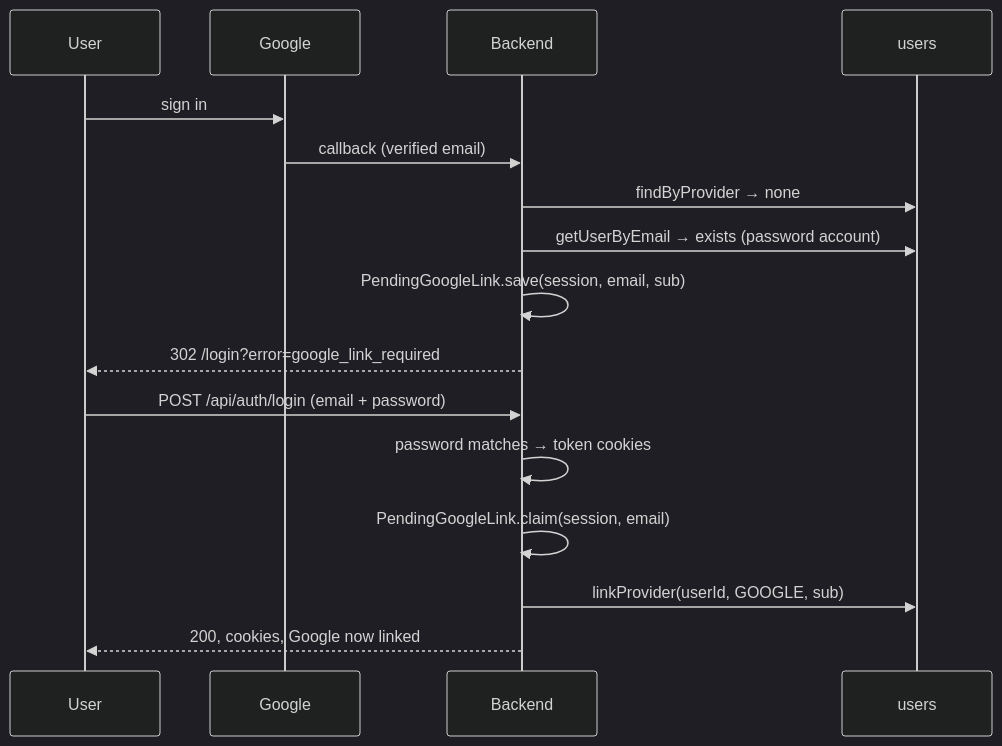
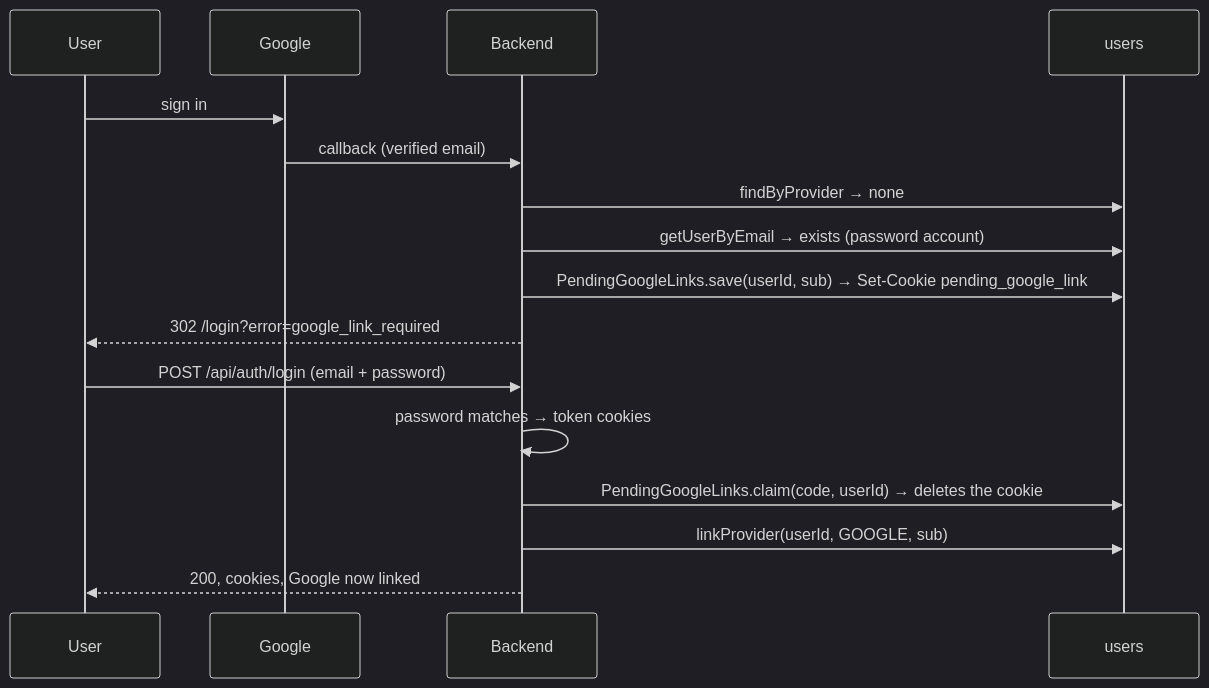
The second of 2 diagrams in backend/docs/auth.md (Yusuprozimemet/jobmatch-microservices), drawn with Mermaid (dark theme) before and after one commit. The commit also changed other lines of this file and 7 other files, not shown here.

First line of the commit message:
Day 14 track A2: no Google path sets JSESSIONID, and no backend code touches a session

````diff
--- a/backend/docs/auth.md
+++ b/backend/docs/auth.md
@@ -177,19 +178,19 @@
 ```mermaid
 sequenceDiagram
     participant U as User
     participant G as Google
     participant B as Backend
     participant DB as users
 
     U->>G: sign in
     G->>B: callback (verified email)
     B->>DB: findByProvider → none
     B->>DB: getUserByEmail → exists (password account)
-    B->>B: PendingGoogleLink.save(session, email, sub)
+    B->>DB: PendingGoogleLinks.save(userId, sub) → Set-Cookie pending_google_link
     B-->>U: 302 /login?error=google_link_required
     U->>B: POST /api/auth/login (email + password)
     B->>B: password matches → token cookies
-    B->>B: PendingGoogleLink.claim(session, email)
+    B->>DB: PendingGoogleLinks.claim(code, userId) → deletes the cookie
     B->>DB: linkProvider(userId, GOOGLE, sub)
     B-->>U: 200, cookies, Google now linked
 ```
````
